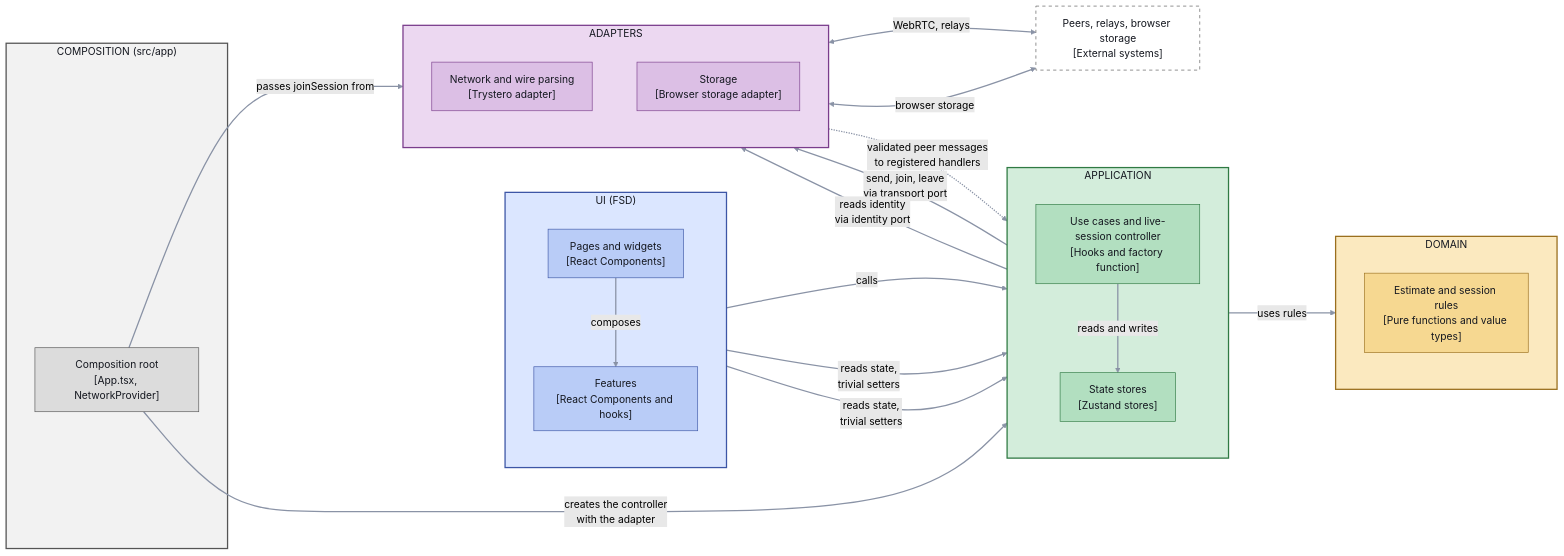
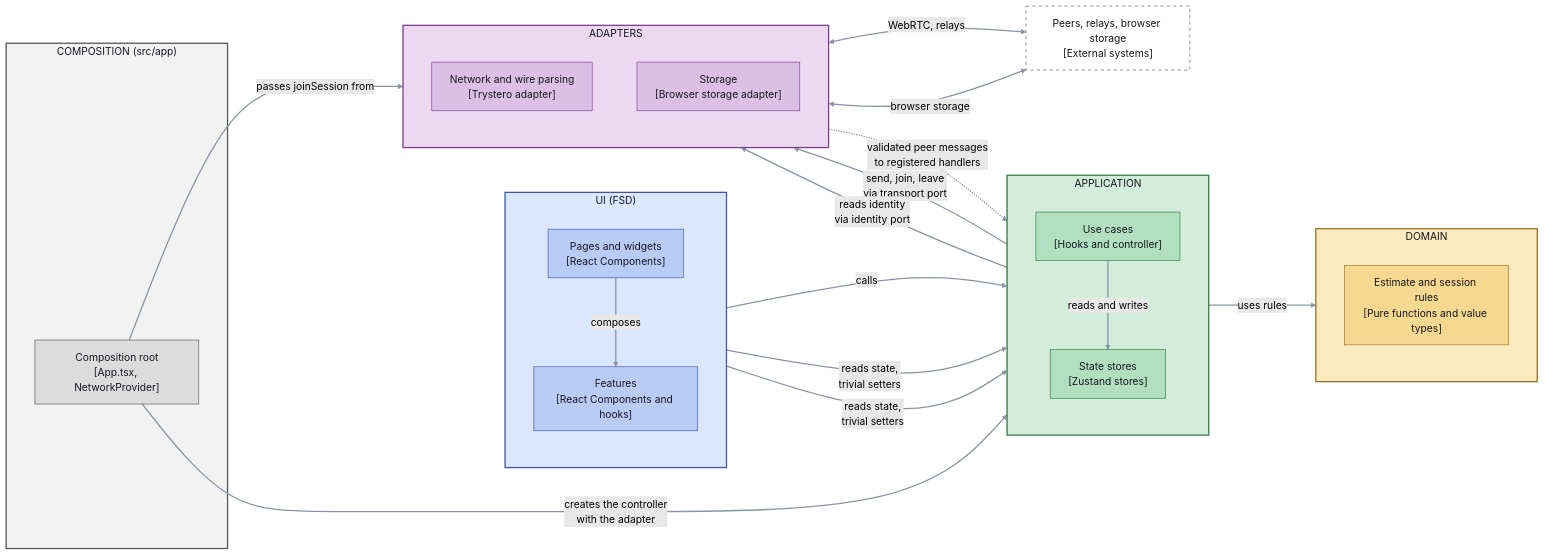
Before and after one commit to cfisch3r/estimate: the third of 4 diagrams in docs/architecture.md, drawn with Mermaid (forest theme). The commit also changed other lines of this file, not shown here.

Commit message:
docs: shorten the use-cases box label so it is not truncated

````diff
--- a/docs/architecture.md
+++ b/docs/architecture.md
@@ -147,57 +147,57 @@
 ```mermaid
 %%{init: {"flowchart": {"nodeSpacing": 70, "rankSpacing": 90, "padding": 14}}}%%
 flowchart LR
   subgraph COMP["COMPOSITION (src/app)"]
     Root["Composition root<br/>[App.tsx, NetworkProvider]"]
   end
   subgraph UI["UI (FSD)"]
     direction TB
     Pages["Pages and widgets<br/>[React Components]"]
     Features["Features<br/>[React Components and hooks]"]
   end
   subgraph APP["APPLICATION"]
     direction TB
-    UseCases["Use cases and live-session controller<br/>[Hooks and factory function]"]
+    UseCases["Use cases<br/>[Hooks and controller]"]
     Stores["State stores<br/>[Zustand stores]"]
   end
   subgraph AD["ADAPTERS"]
     direction TB
     Net["Network and wire parsing<br/>[Trystero adapter]"]
     Store["Storage<br/>[Browser storage adapter]"]
   end
   subgraph DOM["DOMAIN"]
     direction TB
     Core["Estimate and session rules<br/>[Pure functions and value types]"]
   end
   Ext["Peers, relays, browser storage<br/>[External systems]"]
   Root -->|creates the controller<br/>with the adapter| UseCases
   Root -->|passes joinSession from| Net
   Pages -->|composes| Features
   Features -->|calls| UseCases
   Pages & Features -->|reads state,<br/>trivial setters| Stores
   UseCases -->|uses rules| Core
   UseCases -->|reads and writes| Stores
   UseCases -->|send, join, leave<br/>via transport port| Net
   Net -.->|validated peer messages<br/>to registered handlers| UseCases
   UseCases -->|reads identity<br/>via identity port| Store
   Net <-->|WebRTC, relays| Ext
   Store <-->|browser storage| Ext
   linkStyle default stroke:#8a93a6,stroke-width:2px
   style COMP fill:#f2f2f2,stroke:#555555,stroke-width:2px,color:#14171f
   style UI fill:#dbe6ff,stroke:#3d56a6,stroke-width:2px,color:#14171f
   style APP fill:#d3eddb,stroke:#2f7a43,stroke-width:2px,color:#14171f
   style DOM fill:#fbe9bf,stroke:#9a6f1e,stroke-width:2px,color:#14171f
   style AD fill:#ecd8f1,stroke:#7a3d8c,stroke-width:2px,color:#14171f
   classDef comp fill:#dcdcdc,stroke:#555555,color:#14171f
   classDef ui fill:#b9ccf7,stroke:#3d56a6,color:#14171f
   classDef app fill:#b2dfc0,stroke:#2f7a43,color:#14171f
   classDef dom fill:#f6d891,stroke:#9a6f1e,color:#14171f
   classDef ad fill:#dcbfe5,stroke:#7a3d8c,color:#14171f
   classDef ext fill:#ffffff,stroke:#555555,color:#14171f,stroke-dasharray: 5 5
   class Root comp
   class Pages,Features ui
   class UseCases,Stores app
   class Core dom
   class Net,Store ad
   class Ext ext
 ```
````
